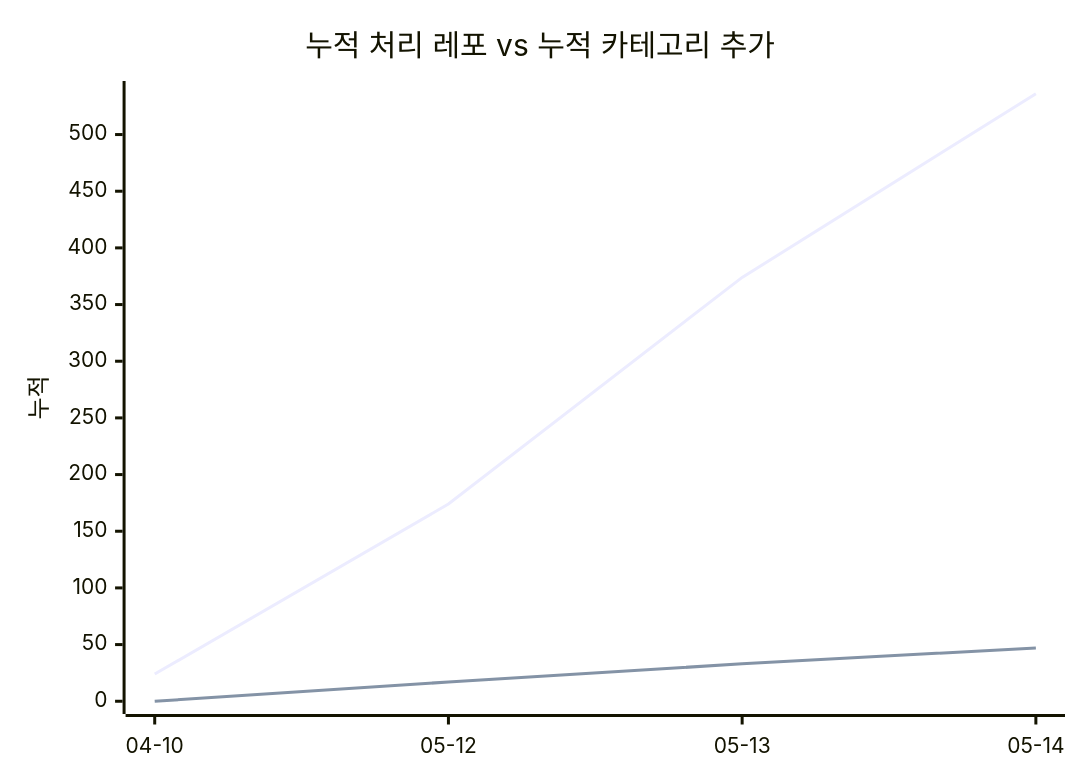
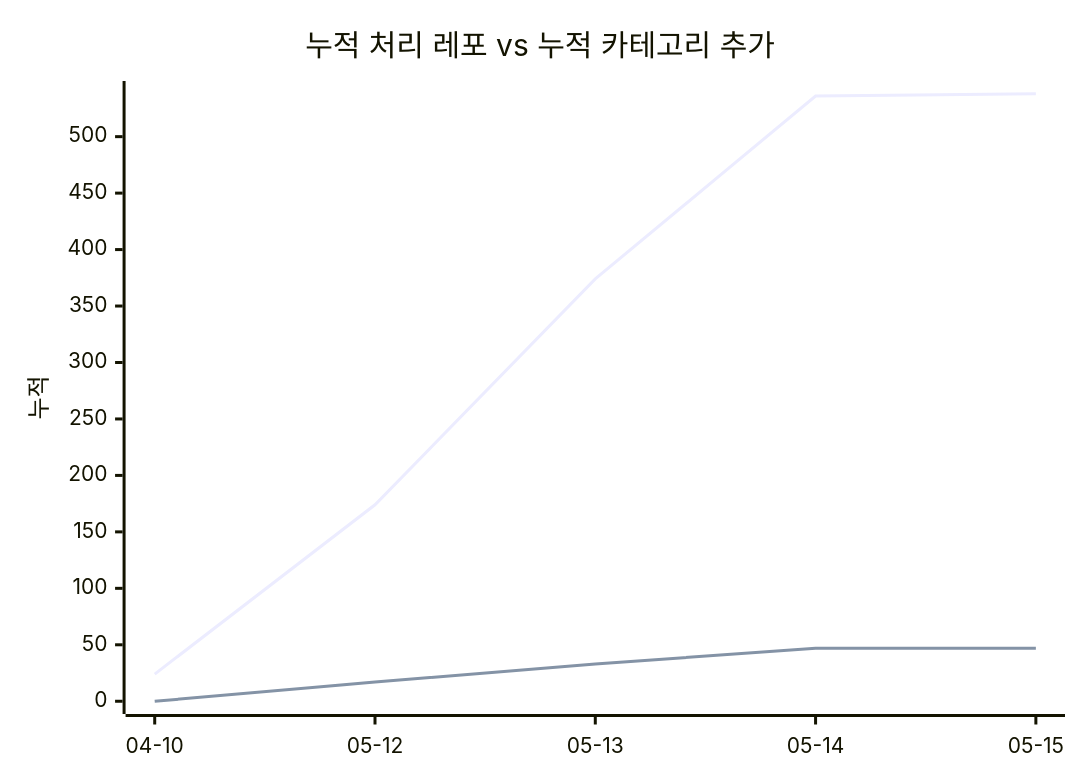
The second of 2 diagrams in docs/trends.md (J-nowcow/awesome-korean-agent-skills), drawn with Mermaid before and after one commit. The commit also changed other lines of this file and 27 other files, not shown here.

````diff
--- a/docs/trends.md
+++ b/docs/trends.md
@@ -58,8 +59,8 @@
 ```mermaid
 xychart-beta
     title "누적 처리 레포 vs 누적 카테고리 추가"
-    x-axis ["04-10","05-12","05-13","05-14"]
+    x-axis ["04-10","05-12","05-13","05-14","05-15"]
     y-axis "누적"
-    line [24,174,374,536]
-    line [0,17,33,47]
+    line [24,174,374,536,538]
+    line [0,17,33,47,47]
 ```
````
